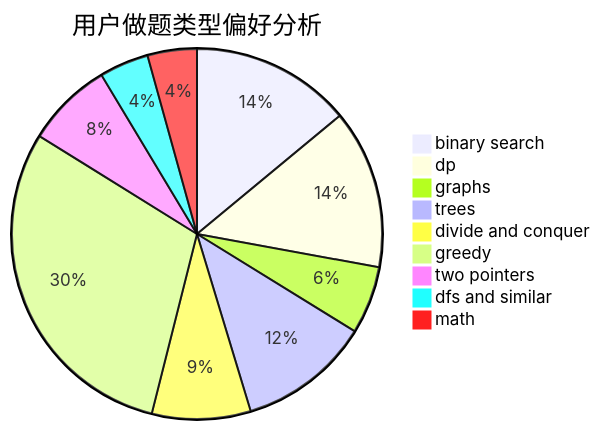
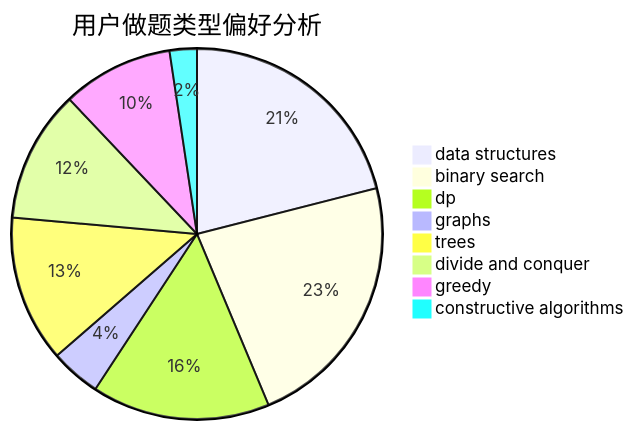
One commit to sherpahu/cfrs.github.io changed the second of 3 diagrams in docs/user/u1657.md. Above: the diagram before and after it, drawn with Mermaid. The commit also changed other lines of this file and 2775 other files, not shown here.

````diff
--- a/docs/user/u1657.md
+++ b/docs/user/u1657.md
@@ -23,12 +23,11 @@
 ```mermaid
 pie title 用户做题类型偏好分析
-    "binary search" :  130
-    "dp" :  129
-    "graphs" :  55
-    "trees" :  107
-    "divide and conquer" :  80
-    "greedy" :  278
-    "two pointers" :  70
-    "dfs and similar" :  40
-    "math" :  40
+    "data structures" :  115
+    "binary search" :  124
+    "dp" :  85
+    "graphs" :  24
+    "trees" :  70
+    "divide and conquer" :  63
+    "greedy" :  53
+    "constructive algorithms" :  13
 ```
````
